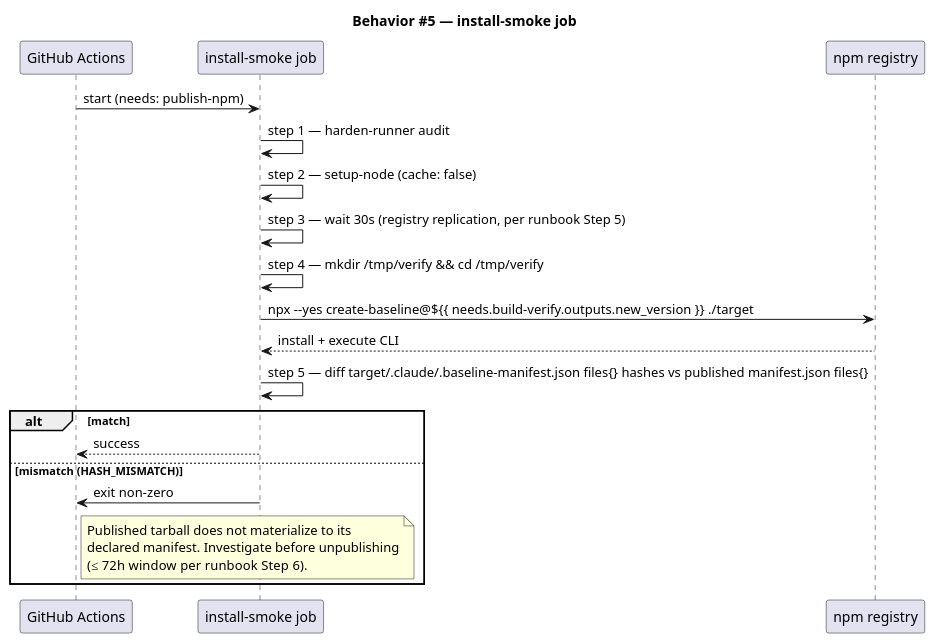
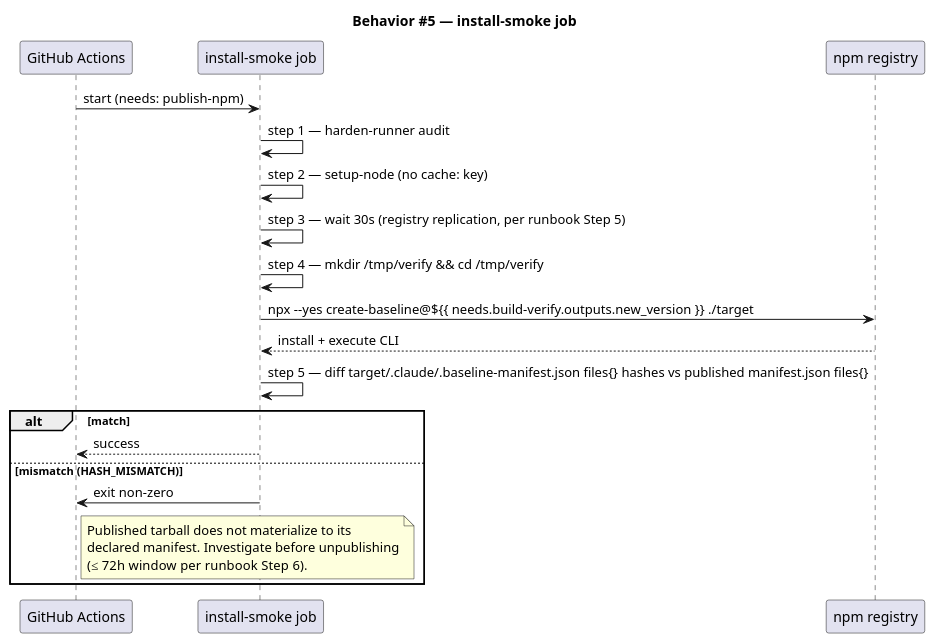
The ninth of 12 diagrams in docs/specs/release-workflow.md (friedbotstudio/baseline), drawn with PlantUML before and after one commit. The commit also changed other lines of this file and 6 other files, not shown here.

First line of the commit message:
fix(release-workflow): correct AC-006/AC-011/AC-013 — cache:false fatal + missing build-verify needs edge

````diff
--- a/docs/specs/release-workflow.md
+++ b/docs/specs/release-workflow.md
@@ -325,27 +328,27 @@
 ```plantuml
 @startuml
 title Behavior #5 — install-smoke job
 participant "GitHub Actions" as GHA
 participant "install-smoke job" as SM
 participant "npm registry" as NPM
 
 GHA -> SM : start (needs: publish-npm)
 SM -> SM : step 1 — harden-runner audit
-SM -> SM : step 2 — setup-node (cache: false)
+SM -> SM : step 2 — setup-node (no cache: key)
 SM -> SM : step 3 — wait 30s (registry replication, per runbook Step 5)
 SM -> SM : step 4 — mkdir /tmp/verify && cd /tmp/verify
 SM -> NPM : npx --yes create-baseline@${{ needs.build-verify.outputs.new_version }} ./target
 NPM --> SM : install + execute CLI
 SM -> SM : step 5 — diff target/.claude/.baseline-manifest.json files{} hashes vs published manifest.json files{}
 alt match
   SM --> GHA : success
 else mismatch (HASH_MISMATCH)
   SM -> GHA : exit non-zero
   note right of GHA
     Published tarball does not materialize to its
     declared manifest. Investigate before unpublishing
     (≤ 72h window per runbook Step 6).
   end note
 end
 @enduml
 ```
````
